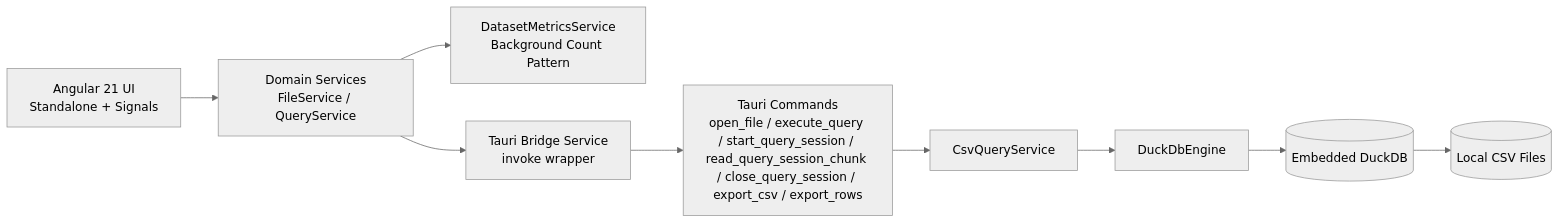
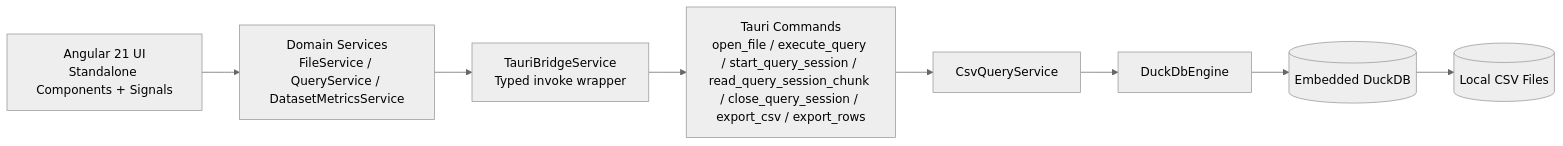
The diagram in docs/architecture.md (karoc123/tapir-query), drawn with Mermaid (neutral theme) before and after one commit. The commit also changed other lines of this file and 2 other files, not shown here.

Commit message:
feat: update AGENTS and architecture documentation for clarity and accuracy; add improvements review

````diff
--- a/docs/architecture.md
+++ b/docs/architecture.md
@@ -16,11 +15,10 @@
 ```mermaid
 flowchart LR
-  UI[Angular 21 UI<br/>Standalone + Signals] --> Domain[Domain Services<br/>FileService / QueryService]
-  Domain --> Metrics[DatasetMetricsService<br/>Background Count Pattern]
-  Domain --> Bridge[Tauri Bridge Service<br/>invoke wrapper]
+  UI[Angular 21 UI<br/>Standalone Components + Signals] --> Domain[Domain Services<br/>FileService / QueryService / DatasetMetricsService]
+  Domain --> Bridge[TauriBridgeService<br/>Typed invoke wrapper]
   Bridge --> Cmd[Tauri Commands<br/>open_file / execute_query / start_query_session / read_query_session_chunk / close_query_session / export_csv / export_rows]
   Cmd --> Svc[CsvQueryService]
   Svc --> Engine[DuckDbEngine]
   Engine --> DuckDB[(Embedded DuckDB)]
   DuckDB --> CSV[(Local CSV Files)]
 ```
````
